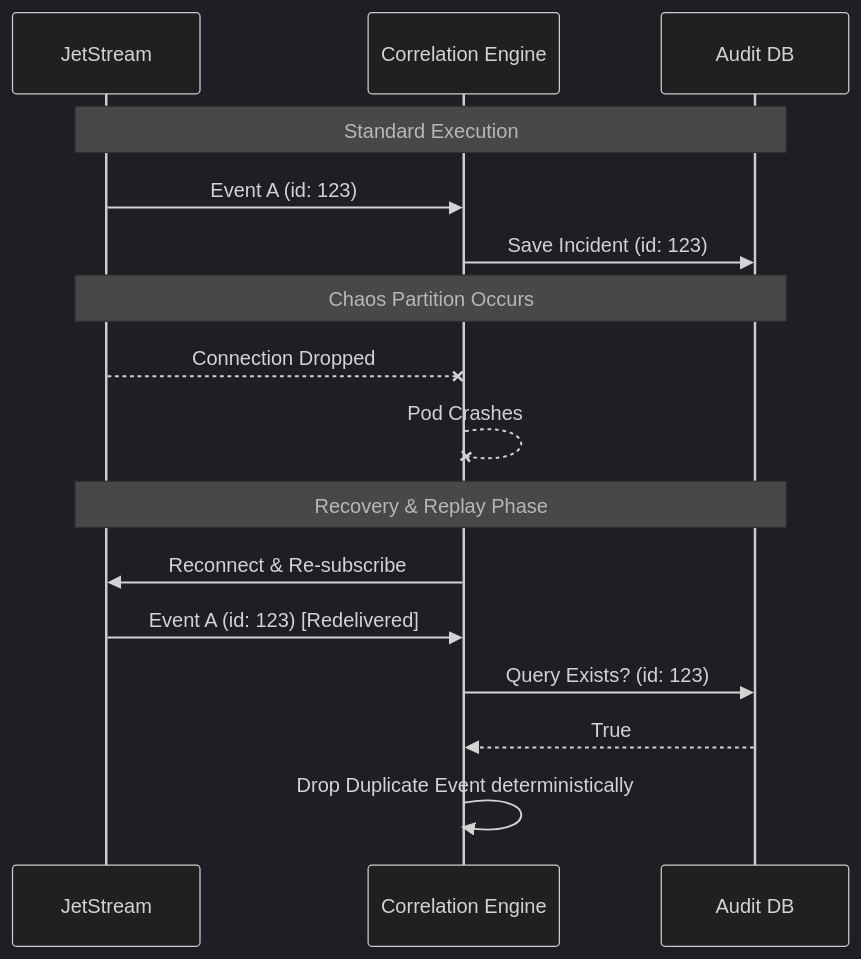
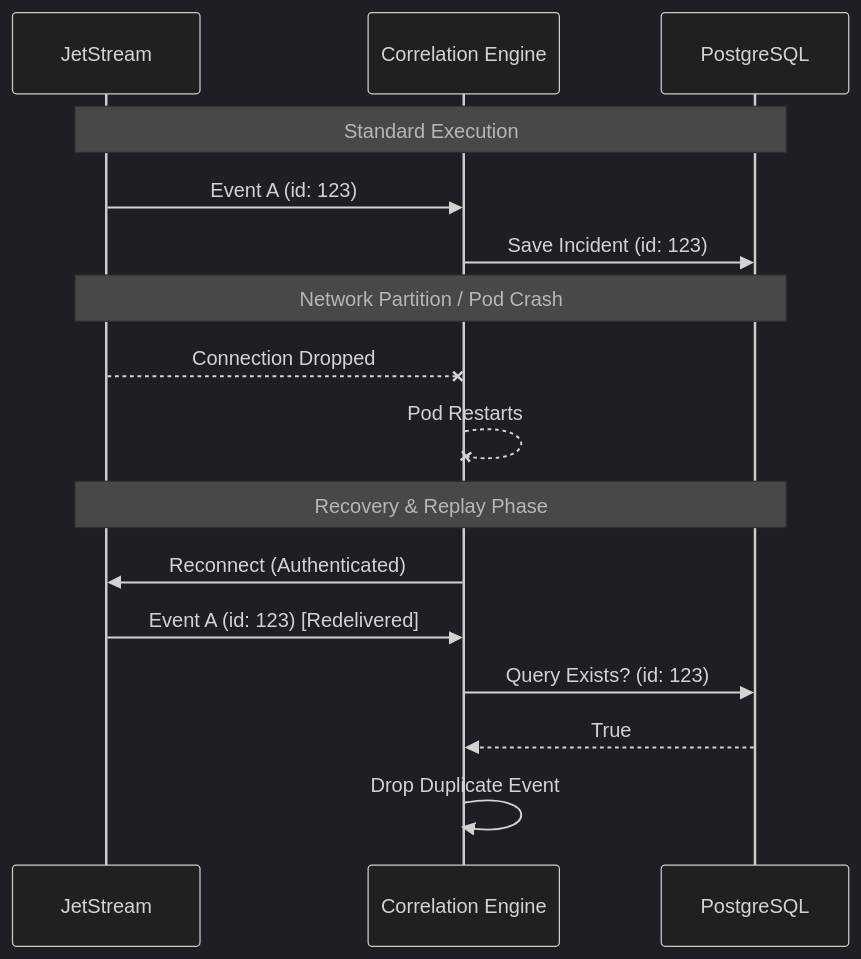
Before and after one commit to shadow0vortex/cortexops: the third of 6 diagrams in docs/ARCHITECTURE_DIAGRAMS.md, drawn with Mermaid (dark theme). The commit also changed other lines of this file and 9 other files, not shown here.

````diff
--- a/docs/ARCHITECTURE_DIAGRAMS.md
+++ b/docs/ARCHITECTURE_DIAGRAMS.md
@@ -71,21 +90,21 @@
 ```mermaid
 sequenceDiagram
     participant NATS as JetStream
     participant CE as Correlation Engine
-    participant DB as Audit DB
+    participant DB as PostgreSQL
 
     Note over NATS,DB: Standard Execution
     NATS->>CE: Event A (id: 123)
     CE->>DB: Save Incident (id: 123)
 
-    Note over NATS,DB: Chaos Partition Occurs
+    Note over NATS,DB: Network Partition / Pod Crash
     NATS--xCE: Connection Dropped
-    CE--xCE: Pod Crashes
+    CE--xCE: Pod Restarts
 
     Note over NATS,DB: Recovery & Replay Phase
-    CE->>NATS: Reconnect & Re-subscribe
+    CE->>NATS: Reconnect (Authenticated)
     NATS->>CE: Event A (id: 123) [Redelivered]
     CE->>DB: Query Exists? (id: 123)
     DB-->>CE: True
-    CE->>CE: Drop Duplicate Event deterministically
+    CE->>CE: Drop Duplicate Event
 ```
````
